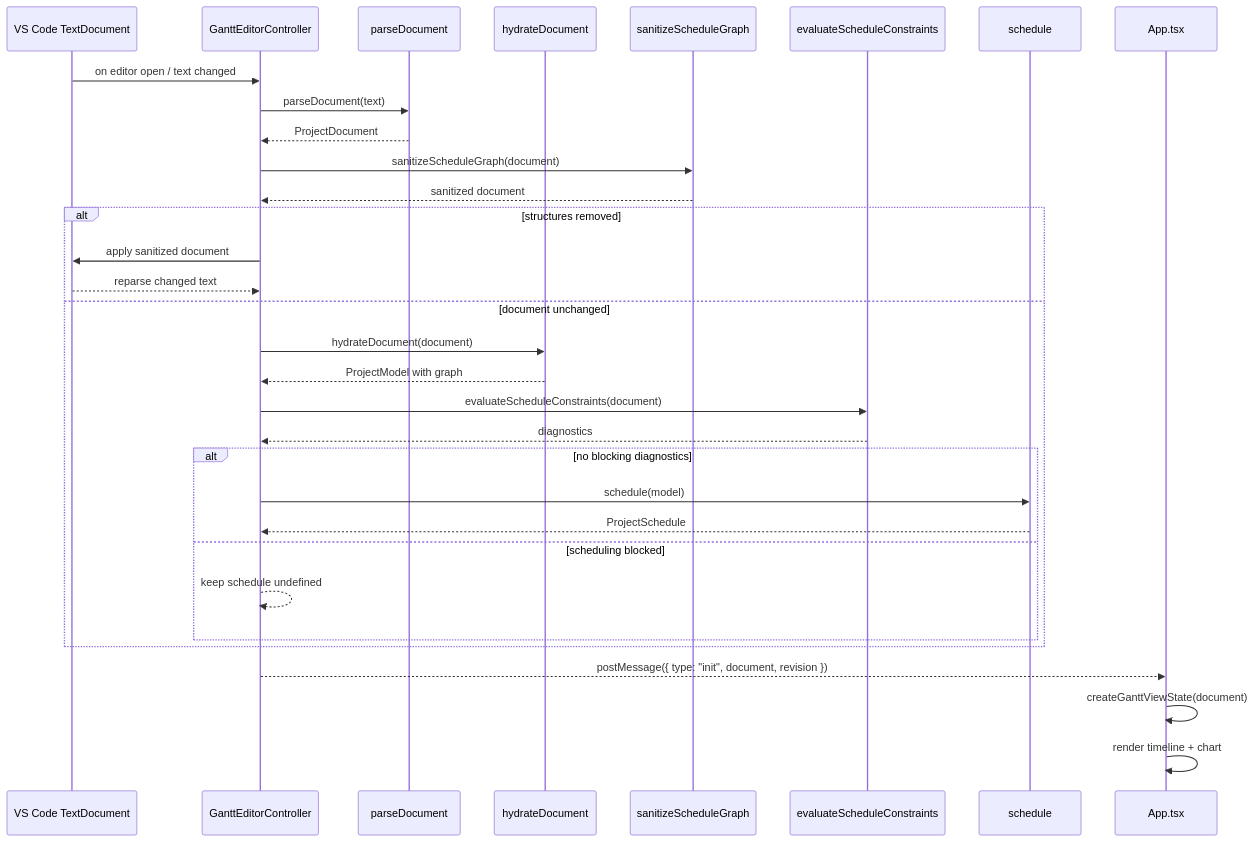
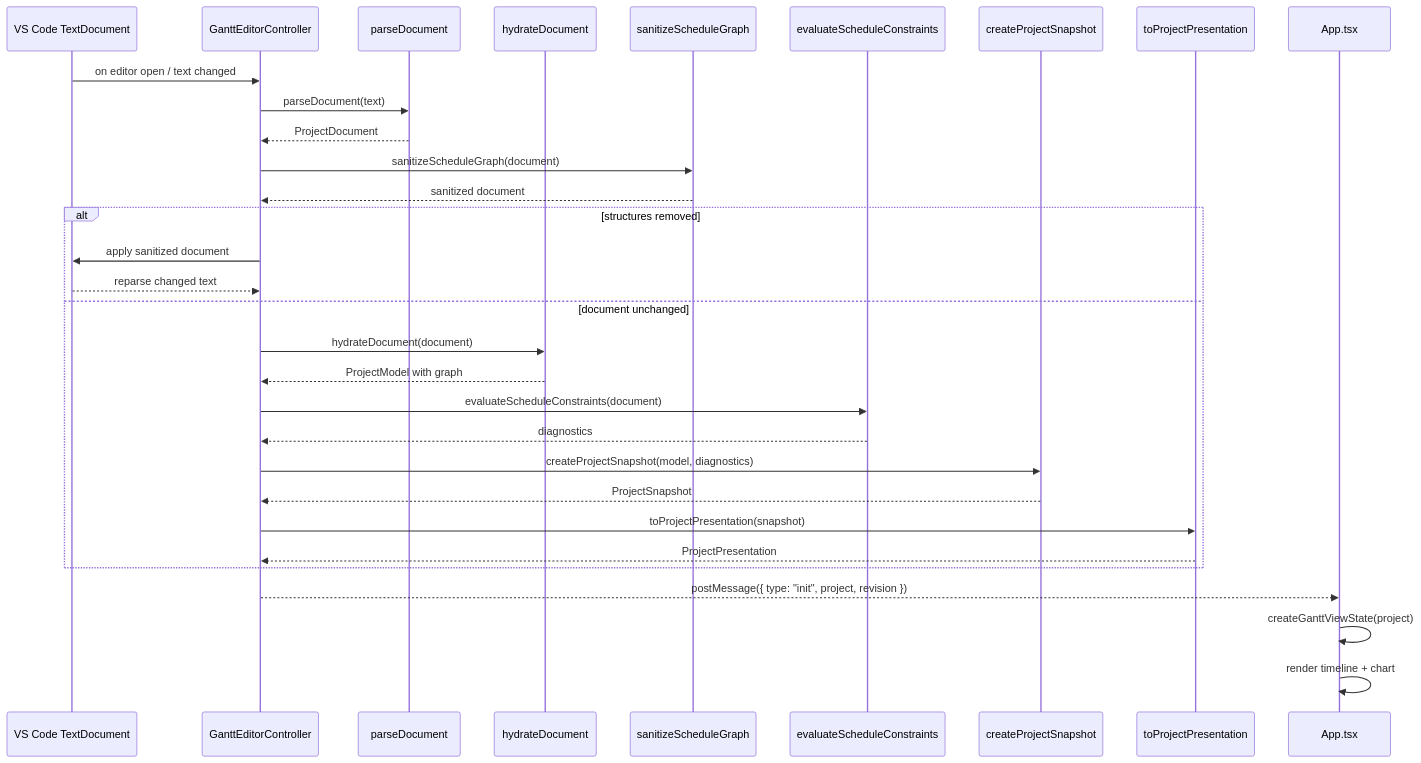
The third of 6 diagrams in docs/documentation/gantt-model-hydration.md (sergehas/ganttee), drawn with Mermaid before and after one commit. The commit also changed other lines of this file and 46 other files, not shown here.

````diff
--- a/docs/documentation/gantt-model-hydration.md
+++ b/docs/documentation/gantt-model-hydration.md
@@ -134,35 +142,34 @@
 ```mermaid
 sequenceDiagram
     participant VSC as VS Code TextDocument
     participant Ctrl as GanttEditorController
     participant Parse as parseDocument
     participant Hydrate as hydrateDocument
     participant Sanitize as sanitizeScheduleGraph
     participant Eval as evaluateScheduleConstraints
-    participant Scheduler as schedule
+    participant Snapshot as createProjectSnapshot
+    participant Present as toProjectPresentation
     participant App as App.tsx
 
     VSC->>Ctrl: on editor open / text changed
     Ctrl->>Parse: parseDocument(text)
     Parse-->>Ctrl: ProjectDocument
     Ctrl->>Sanitize: sanitizeScheduleGraph(document)
     Sanitize-->>Ctrl: sanitized document
     alt structures removed
         Ctrl->>VSC: apply sanitized document
         VSC-->>Ctrl: reparse changed text
     else document unchanged
         Ctrl->>Hydrate: hydrateDocument(document)
         Hydrate-->>Ctrl: ProjectModel with graph
         Ctrl->>Eval: evaluateScheduleConstraints(document)
         Eval-->>Ctrl: diagnostics
-        alt no blocking diagnostics
-            Ctrl->>Scheduler: schedule(model)
-            Scheduler-->>Ctrl: ProjectSchedule
-        else scheduling blocked
-            Ctrl-->>Ctrl: keep schedule undefined
-        end
+        Ctrl->>Snapshot: createProjectSnapshot(model, diagnostics)
+        Snapshot-->>Ctrl: ProjectSnapshot
+        Ctrl->>Present: toProjectPresentation(snapshot)
+        Present-->>Ctrl: ProjectPresentation
     end
-    Ctrl-->>App: postMessage({ type: "init", document, revision })
-    App->>App: createGanttViewState(document)
+    Ctrl-->>App: postMessage({ type: "init", project, revision })
+    App->>App: createGanttViewState(project)
     App->>App: render timeline + chart
 ```
````
